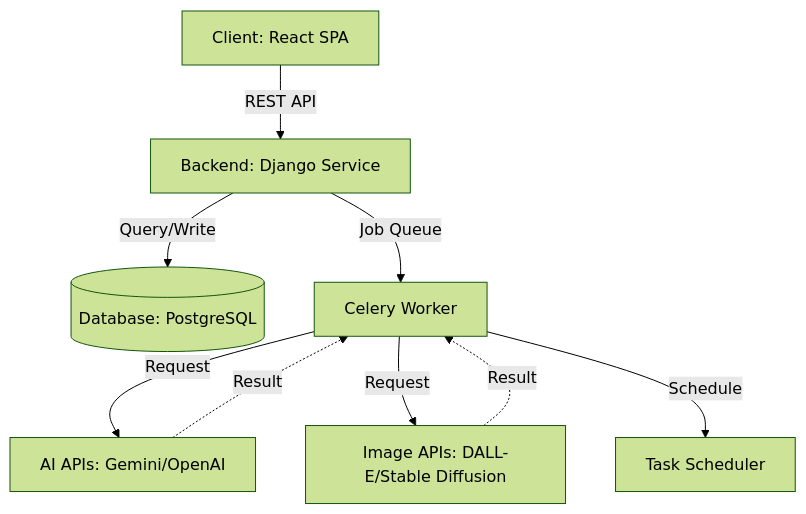
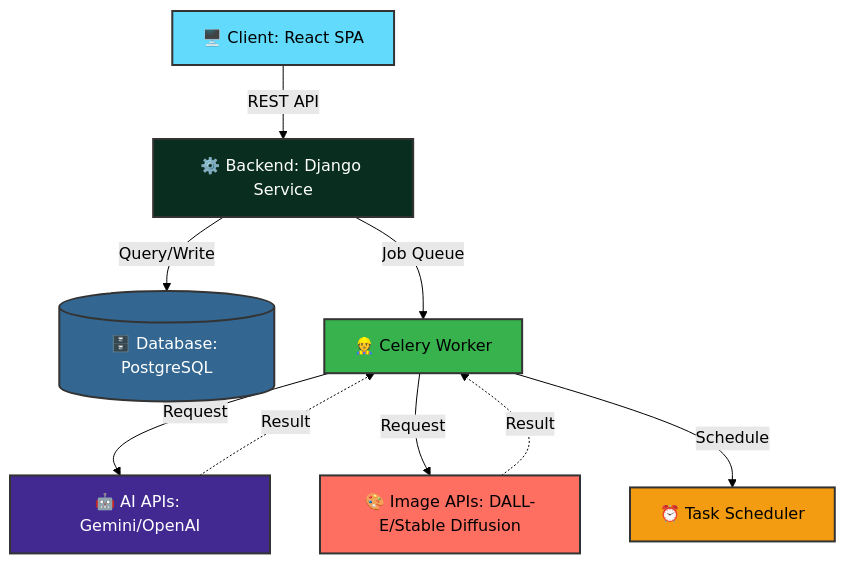
One commit to divy-mevada/postify changed the first of 4 diagrams in design.md. Above: the diagram before and after it, drawn with Mermaid (forest theme). The commit also changed other lines of this file and 1 other file, not shown here.

````diff
--- a/design.md
+++ b/design.md
@@ -23,11 +58,19 @@
 ```mermaid
 graph TD
-    A[Client: React SPA] -->|REST API| B[Backend: Django Service]
-    B -->|Query/Write| C[(Database: PostgreSQL)]
-    B -->|Job Queue| D[Celery Worker]
-    D -->|Request| E[AI APIs: Gemini/OpenAI]
-    D -->|Request| F[Image APIs: DALL-E/Stable Diffusion]
-    D -->|Schedule| G[Task Scheduler]
+    A[🖥️ Client: React SPA] -->|REST API| B[⚙️ Backend: Django Service]
+    B -->|Query/Write| C[(🗄️ Database: PostgreSQL)]
+    B -->|Job Queue| D[👷 Celery Worker]
+    D -->|Request| E[🤖 AI APIs: Gemini/OpenAI]
+    D -->|Request| F[🎨 Image APIs: DALL-E/Stable Diffusion]
+    D -->|Schedule| G[⏰ Task Scheduler]
     E -.->|Result| D
     F -.->|Result| D
+    
+    style A fill:#61DAFB,stroke:#333,stroke-width:2px
+    style B fill:#092E20,stroke:#333,stroke-width:2px,color:#fff
+    style C fill:#336791,stroke:#333,stroke-width:2px,color:#fff
+    style D fill:#37B24D,stroke:#333,stroke-width:2px
+    style E fill:#412991,stroke:#333,stroke-width:2px,color:#fff
+    style F fill:#FF6F61,stroke:#333,stroke-width:2px
+    style G fill:#F39C12,stroke:#333,stroke-width:2px
 ```
````
